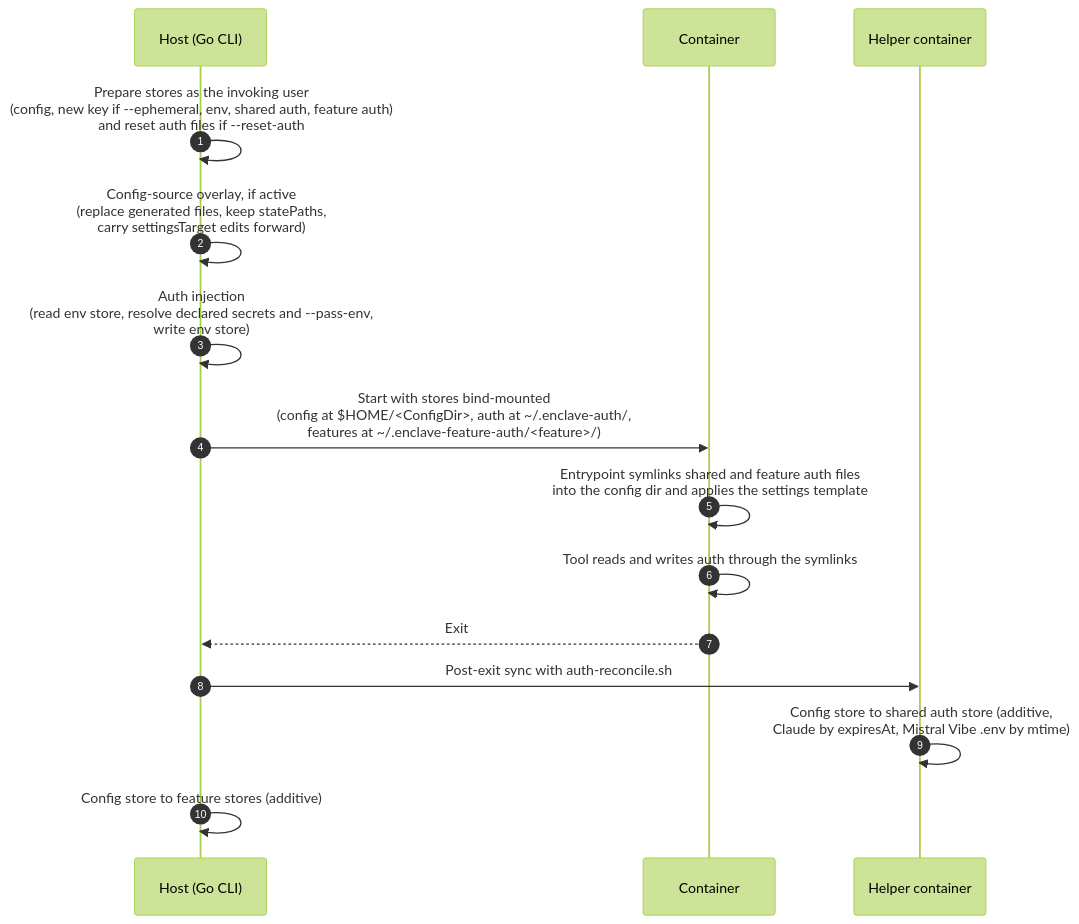
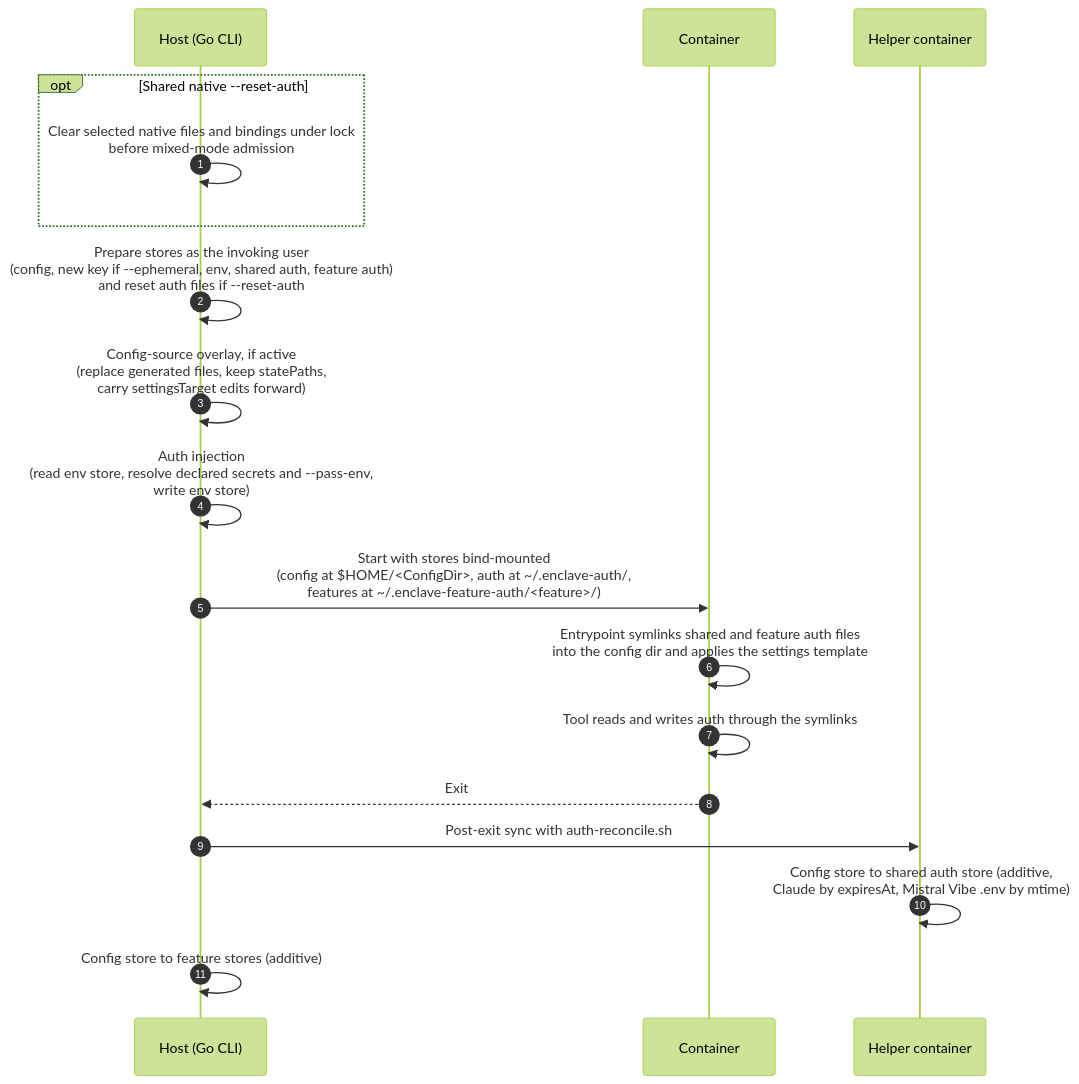
The diagram in docs/runtime/stores.md (eclipse-enclave/enclave), drawn with Mermaid (forest theme) before and after one commit. The commit also changed other lines of this file and 1 other file, not shown here.

Commit message:
docs: explain protected native auth reset and teardown

````diff
--- a/docs/runtime/stores.md
+++ b/docs/runtime/stores.md
@@ -252,18 +254,21 @@
 ```mermaid
 sequenceDiagram
     autonumber
     participant Host as Host (Go CLI)
     participant Ctr as Container
     participant Helper as Helper container
 
+    opt Shared native --reset-auth
+        Host->>Host: Clear selected native files and bindings under lock<br/>before mixed-mode admission
+    end
     Host->>Host: Prepare stores as the invoking user<br/>(config, new key if --ephemeral, env, shared auth, feature auth)<br/>and reset auth files if --reset-auth
     Host->>Host: Config-source overlay, if active<br/>(replace generated files, keep statePaths,<br/>carry settingsTarget edits forward)
     Host->>Host: Auth injection<br/>(read env store, resolve declared secrets and --pass-env,<br/>write env store)
     Host->>Ctr: Start with stores bind-mounted<br/>(config at $HOME/#60;ConfigDir#62;, auth at ~/.enclave-auth/,<br/>features at ~/.enclave-feature-auth/#60;feature#62;/)
     Ctr->>Ctr: Entrypoint symlinks shared and feature auth files<br/>into the config dir and applies the settings template
     Ctr->>Ctr: Tool reads and writes auth through the symlinks
     Ctr-->>Host: Exit
     Host->>Helper: Post-exit sync with auth-reconcile.sh
     Helper->>Helper: Config store to shared auth store (additive,<br/>Claude by expiresAt, Mistral Vibe .env by mtime)
     Host->>Host: Config store to feature stores (additive)
 ```
````
